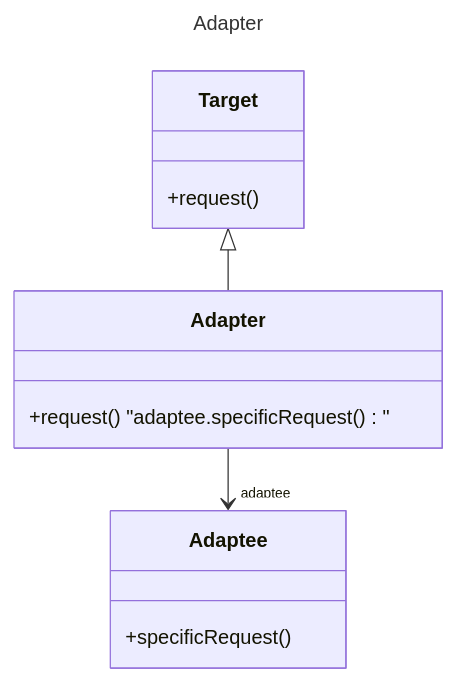
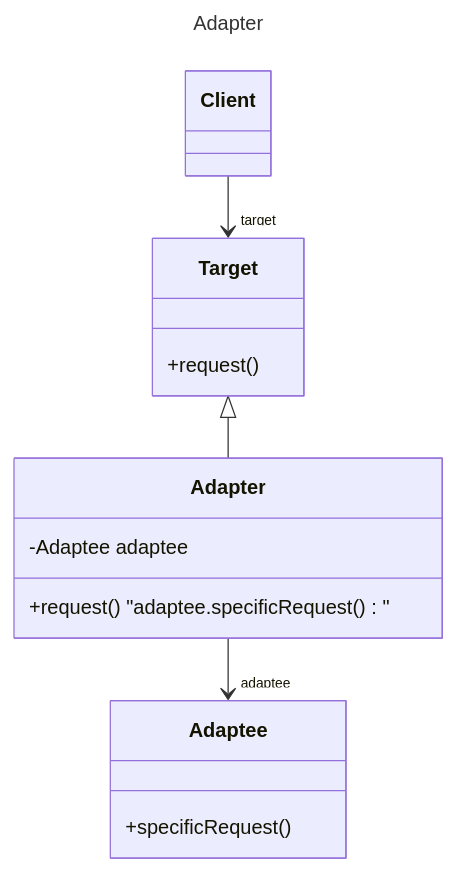
The sixth of 12 diagrams in README.md (rwibawa/designpatterns), drawn with Mermaid before and after one commit. The commit also changed other lines of this file and 9 other files, not shown here.

````diff
--- a/README.md
+++ b/README.md
@@ -146,11 +146,13 @@
 ```mermaid
 ---
 title: Adapter
 ---
 classDiagram
+    Client --> "target" Target
     Target: +request()
     Target <|-- Adapter
+    Adapter: -Adaptee adaptee
     Adapter: +request() "adaptee.specificRequest()"
     Adapter --> "adaptee" Adaptee
     Adaptee: +specificRequest()
 ```
````
